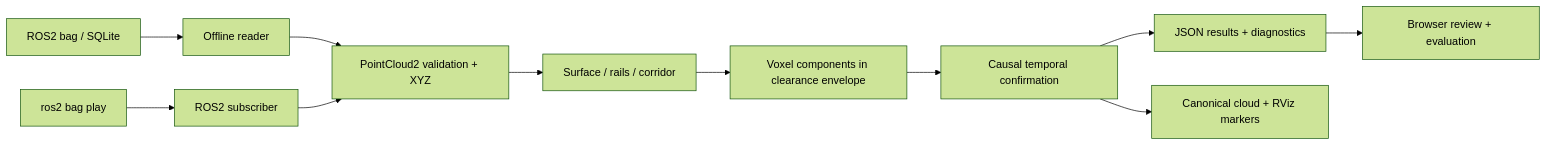
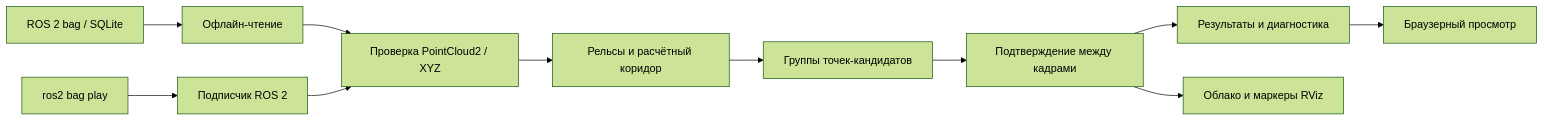
One commit to kurorodev/lct2026_metro changed the diagram in docs/ARCHITECTURE.md. Above: the diagram before and after it, drawn with Mermaid (forest theme). The commit also changed other lines of this file and 25 other files, not shown here.

````diff
--- a/docs/ARCHITECTURE.md
+++ b/docs/ARCHITECTURE.md
@@ -3,13 +9,13 @@
 ```mermaid
 flowchart LR
-    Bag[ROS2 bag / SQLite] --> Offline[Offline reader]
-    Replay[ros2 bag play] --> Node[ROS2 subscriber]
-    Offline --> Decode[PointCloud2 validation + XYZ]
+    Bag[ROS 2 bag / SQLite] --> Offline[Офлайн-чтение]
+    Replay[ros2 bag play] --> Node[Подписчик ROS 2]
+    Offline --> Decode[Проверка PointCloud2 / XYZ]
     Node --> Decode
-    Decode --> Geometry[Surface / rails / corridor]
-    Geometry --> Cluster[Voxel components in clearance envelope]
-    Cluster --> Track[Causal temporal confirmation]
-    Track --> JSON[JSON results + diagnostics]
-    Track --> RViz[Canonical cloud + RViz markers]
-    JSON --> Dashboard[Browser review + evaluation]
+    Decode --> Geometry[Рельсы и расчётный коридор]
+    Geometry --> Cluster[Группы точек-кандидатов]
+    Cluster --> Track[Подтверждение между кадрами]
+    Track --> JSON[Результаты и диагностика]
+    Track --> RViz[Облако и маркеры RViz]
+    JSON --> Dashboard[Браузерный просмотр]
 ```
````
